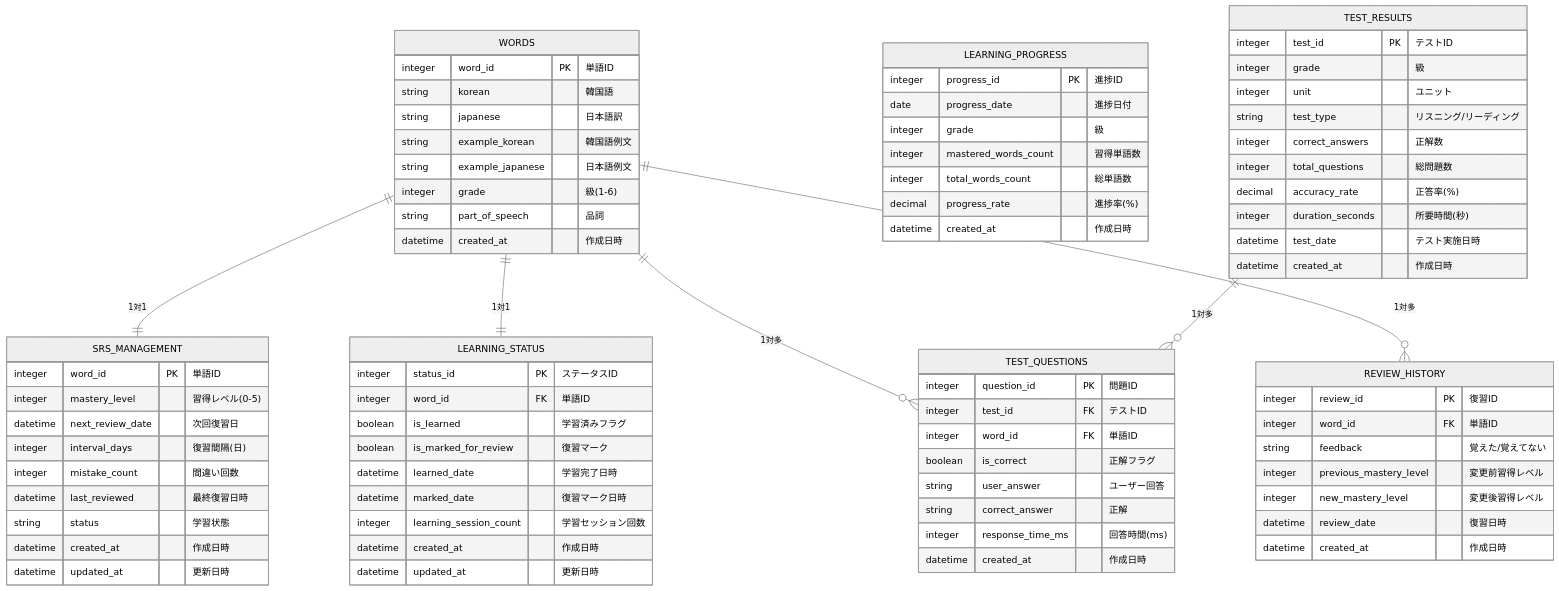
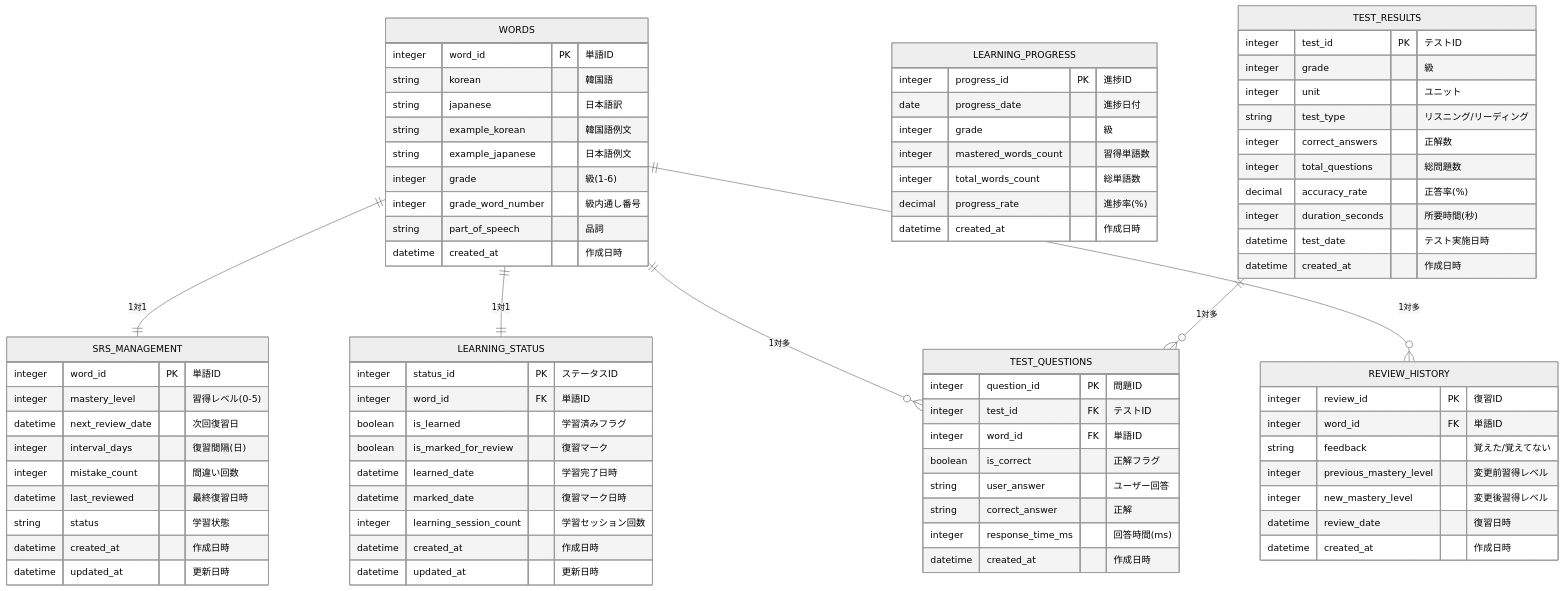
One commit to yuichkun/topik-dojo changed the diagram in docs/database-design.md. Above: the diagram before and after it, drawn with Mermaid (neutral theme). The commit also changed other lines of this file, not shown here.

Commit message:
add grade_word_number to words table and update related queries

```diff
--- a/docs/database-design.md
+++ b/docs/database-design.md
@@ -62,6 +62,7 @@
         string example_korean "韓国語例文"
         string example_japanese "日本語例文"
         integer grade "級(1-6)"
+        integer grade_word_number "級内通し番号"
         string part_of_speech "品詞"
         datetime created_at "作成日時"
     }
```
